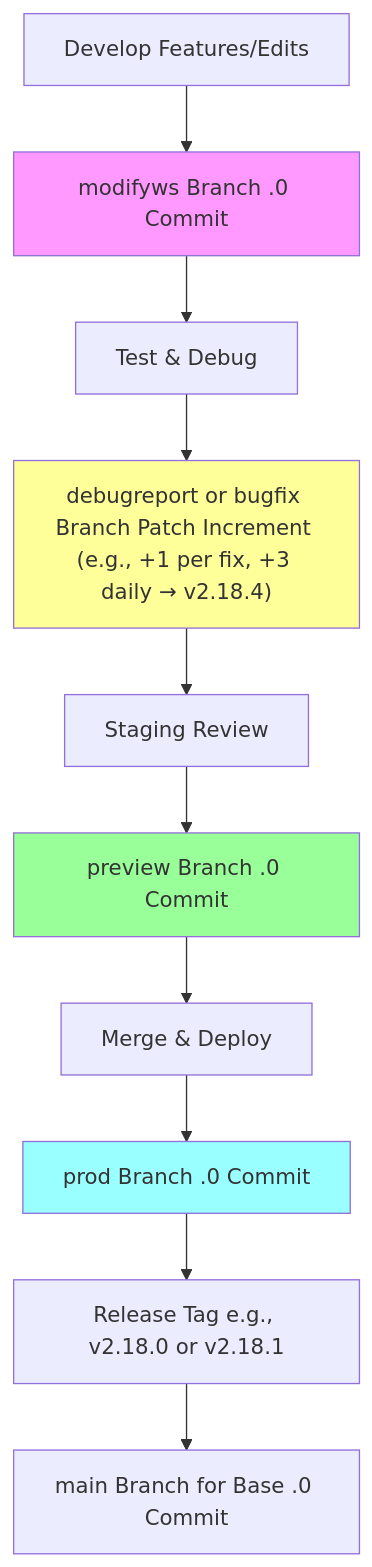
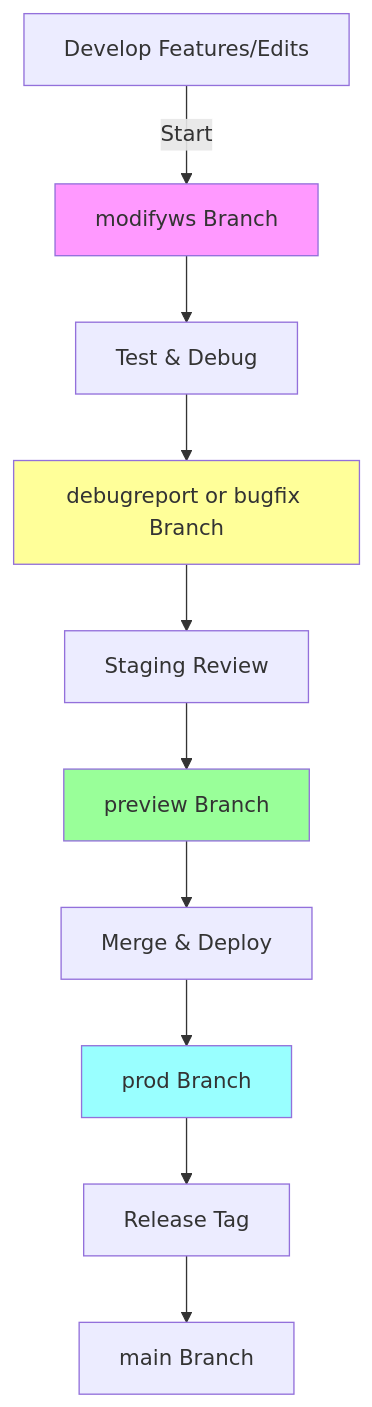
The second of 2 diagrams in README.md (ctaxnagomi/WSP-maindev-v.2.18.0), drawn with Mermaid before and after one commit. The commit also changed other lines of this file, not shown here.

First line of the commit message:
Simplify and clarify Mermaid diagrams in README

````diff
--- a/README.md
+++ b/README.md
@@ -118,16 +118,16 @@
 ```mermaid
 flowchart TD
-    A[Develop Features/Edits] --> B["modifyws Branch .0 Commit"]
+    A[Develop Features/Edits] -->|Start| B[modifyws Branch]
     B --> C[Test & Debug]
-    C --> D["debugreport or bugfix Branch Patch Increment (e.g., +1 per fix, +3 daily → v2.18.4)"]
+    C --> D[debugreport or bugfix Branch]
     D --> E[Staging Review]
-    E --> F["preview Branch .0 Commit"]
+    E --> F[preview Branch]
     F --> G[Merge & Deploy]
-    G --> H["prod Branch .0 Commit"]
-    H --> I["Release Tag e.g., v2.18.0 or v2.18.1"]
-    I --> J["main Branch for Base .0 Commit"]
+    G --> H[prod Branch]
+    H --> I[Release Tag]
+    I --> J[main Branch]
     style B fill:#f9f
     style D fill:#ff9
     style F fill:#9f9
     style H fill:#9ff
 ```
````
